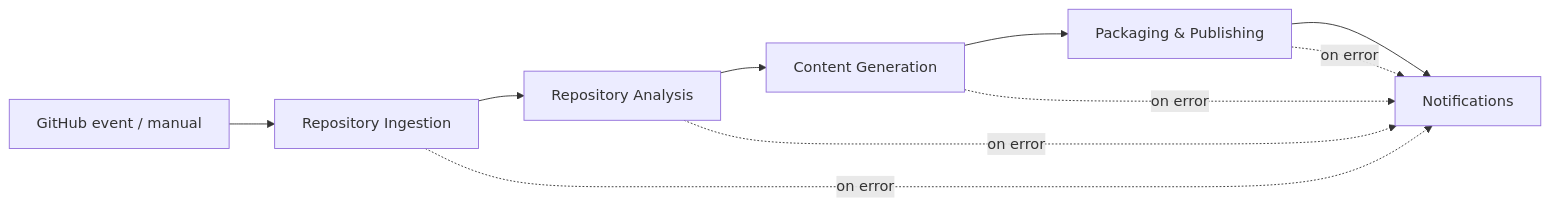
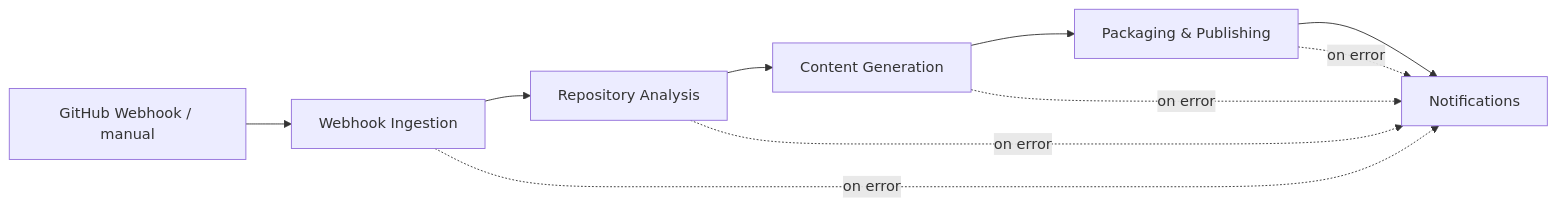
One commit to teddynted/ai-github-repository-blog-generator changed the first of 6 diagrams in docs/workflows.md. Above: the diagram before and after it, drawn with Mermaid. The commit also changed other lines of this file and 9 other files, not shown here.

First line of the commit message:
docs: make GitHub Webhooks the primary trigger across the docs

````diff
--- a/docs/workflows.md
+++ b/docs/workflows.md
@@ -27,12 +27,12 @@
 ```mermaid
 flowchart LR
-    T[GitHub event / manual] --> I[Repository Ingestion]
+    T[GitHub Webhook / manual] --> I[Webhook Ingestion]
     I --> A[Repository Analysis]
     A --> G[Content Generation]
     G --> P[Packaging & Publishing]
     P --> N[Notifications]
     I -. on error .-> N
     A -. on error .-> N
     G -. on error .-> N
     P -. on error .-> N
 ```
````
